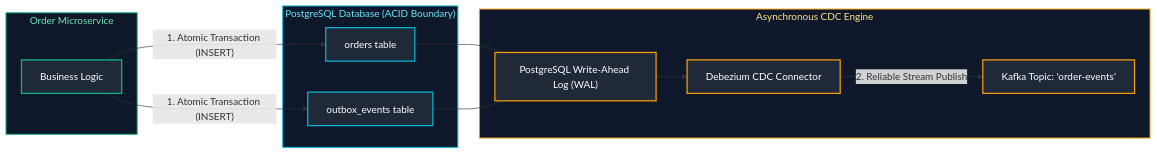
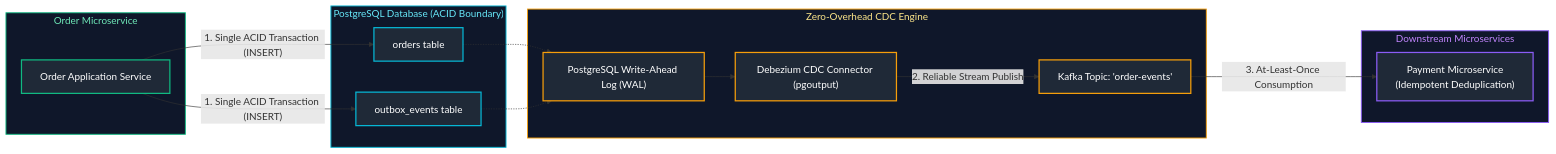
One commit to joydeep-biswas/Interview-Preparation changed diagram 14 of 22 in Java Backend Engineering/13_microservices_distributed_systems_system_design.md. Above: the diagram before and after it, drawn with Mermaid. The commit also changed other lines of this file and 143 other files, not shown here.

````diff
--- a/Java Backend Engineering/13_microservices_distributed_systems_system_design.md
+++ b/Java Backend Engineering/13_microservices_distributed_systems_system_design.md
@@ -713,32 +888,38 @@
 ```mermaid
 flowchart LR
     subgraph Microservice["Order Microservice"]
-        App["Business Logic"]
+        App["Order Application Service"]
     end
 
     subgraph RelationalDB["PostgreSQL Database (ACID Boundary)"]
-        App -->|"1. Atomic Transaction (INSERT)"| OrdersTable["orders table"]
-        App -->|"1. Atomic Transaction (INSERT)"| OutboxTable["outbox_events table"]
+        App -->|"1. Single ACID Transaction (INSERT)"| OrdersTable["orders table"]
+        App -->|"1. Single ACID Transaction (INSERT)"| OutboxTable["outbox_events table"]
     end
 
-    subgraph CDC_Pipeline["Asynchronous CDC Engine"]
+    subgraph CDC_Pipeline["Zero-Overhead CDC Engine"]
         PostgresWAL["PostgreSQL Write-Ahead Log (WAL)"]
-        Debezium["Debezium CDC Connector"]
+        Debezium["Debezium CDC Connector (pgoutput)"]
         PostgresWAL --> Debezium
         Debezium -->|2. Reliable Stream Publish| KafkaTopic["Kafka Topic: 'order-events'"]
     end
 
-    OrdersTable --- PostgresWAL
-    OutboxTable --- PostgresWAL
+    OrdersTable -.-> PostgresWAL
+    OutboxTable -.-> PostgresWAL
+
+    subgraph Downstream_Tiers["Downstream Microservices"]
+        KafkaTopic -->|"3. At-Least-Once Consumption"| PaymentConsumer["Payment Microservice<br/>(Idempotent Deduplication)"]
+    end
 
     style Microservice fill:#0f172a,stroke:#10b981,stroke-width:1.5px,color:#6ee7b7
     style RelationalDB fill:#0f172a,stroke:#06b6d4,stroke-width:1.5px,color:#67e8f9
     style CDC_Pipeline fill:#0f172a,stroke:#f59e0b,stroke-width:1.5px,color:#fde68a
+    style Downstream_Tiers fill:#0f172a,stroke:#8b5cf6,stroke-width:1.5px,color:#c084fc
 
     style App fill:#1f2937,stroke:#10b981,stroke-width:2px,color:#fff
     style OrdersTable fill:#1f2937,stroke:#06b6d4,stroke-width:2px,color:#fff
     style OutboxTable fill:#1f2937,stroke:#06b6d4,stroke-width:2px,color:#fff
     style PostgresWAL fill:#1f2937,stroke:#f59e0b,stroke-width:2px,color:#fff
     style Debezium fill:#1f2937,stroke:#f59e0b,stroke-width:2px,color:#fff
     style KafkaTopic fill:#1f2937,stroke:#f59e0b,stroke-width:2px,color:#fff
+    style PaymentConsumer fill:#1f2937,stroke:#8b5cf6,stroke-width:2px,color:#fff
 ```
````
